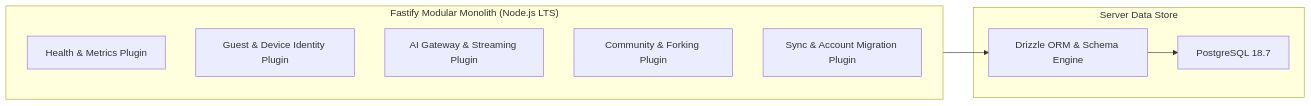
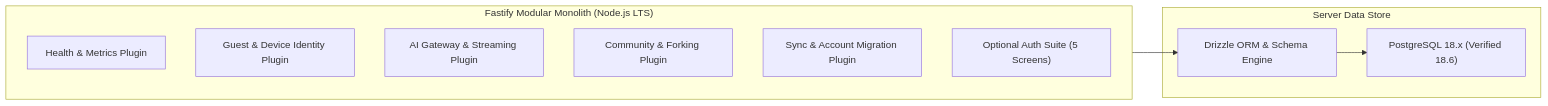
Before and after one commit to 3bdallahusin/sos-v3: the sixth of 7 diagrams in ARCHITECTURE.md, drawn with Mermaid. The commit also changed other lines of this file and 14 other files, not shown here.

````diff
--- a/ARCHITECTURE.md
+++ b/ARCHITECTURE.md
@@ -308,18 +308,19 @@
 ```mermaid
 flowchart LR
     subgraph FastifyServer ["Fastify Modular Monolith (Node.js LTS)"]
         Plugin_Health["Health & Metrics Plugin"]
         Plugin_Identity["Guest & Device Identity Plugin"]
         Plugin_AI["AI Gateway & Streaming Plugin"]
         Plugin_Community["Community & Forking Plugin"]
         Plugin_Sync["Sync & Account Migration Plugin"]
+        Plugin_Auth["Optional Auth Suite (5 Screens)"]
     end
 
     subgraph DataStorage ["Server Data Store"]
-        Postgres["PostgreSQL 18.7"]
+        Postgres["PostgreSQL 18.x (Verified 18.6)"]
         Drizzle["Drizzle ORM & Schema Engine"]
     end
 
     FastifyServer --> Drizzle
     Drizzle --> Postgres
 ```
````
